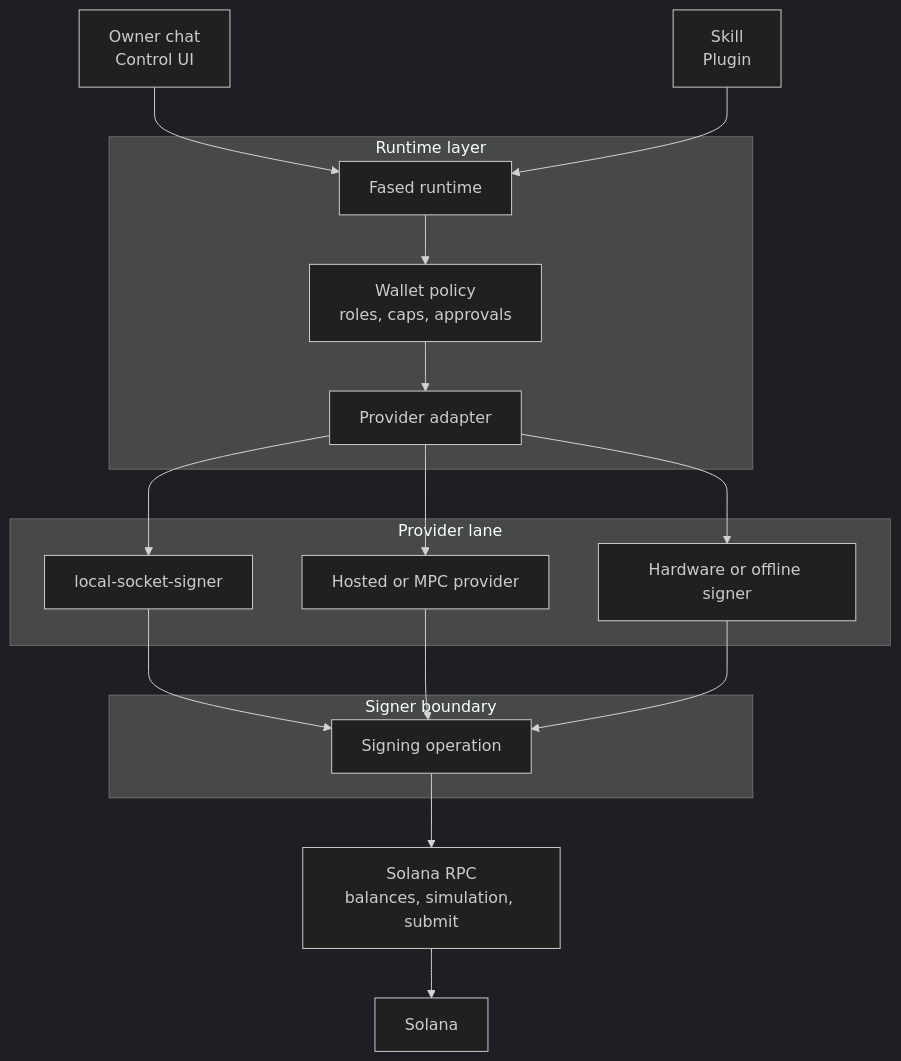
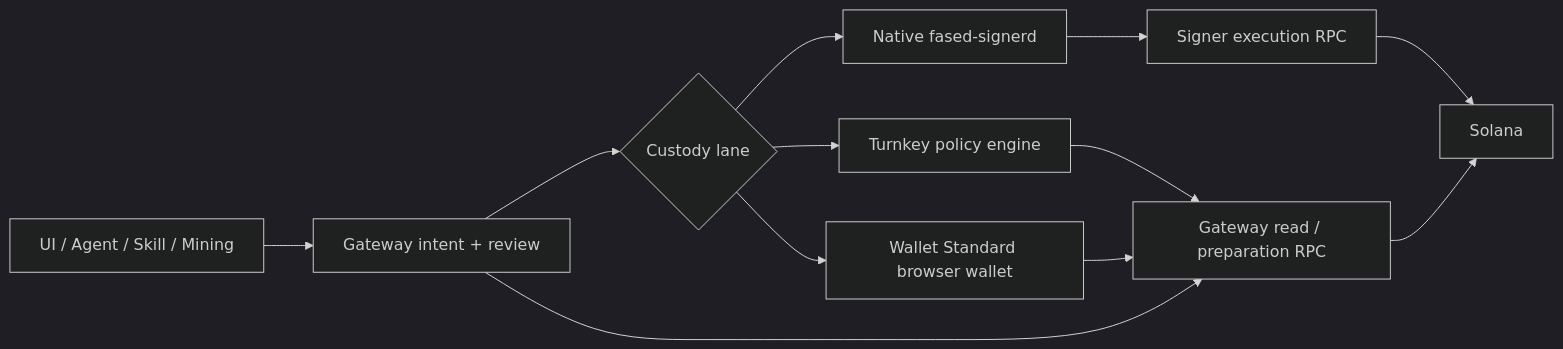
The diagram in docs/plugins/crypto/wallet-signer-provider-architecture.md (fased-ai/fased), drawn with Mermaid (dark theme) before and after one commit. The commit also changed other lines of this file and 534 other files, not shown here.

First line of the commit message:
Secure wallet signer lifecycle and hosted custody boundary (#142)

````diff
--- a/docs/plugins/crypto/wallet-signer-provider-architecture.md
+++ b/docs/plugins/crypto/wallet-signer-provider-architecture.md
@@ -20,25 +16,14 @@
 ```mermaid
-flowchart TD
-    Chat["Owner chat<br/>Control UI"] --> Runtime["Fased runtime"]
-    Skill["Skill<br/>Plugin"] --> Runtime
-
-    subgraph RuntimeLayer["Runtime layer"]
-      Runtime --> Policy["Wallet policy<br/>roles, caps, approvals"]
-      Policy --> Adapter["Provider adapter"]
-    end
-
-    subgraph ProviderLayer["Provider lane"]
-      Adapter --> Local["local-socket-signer"]
-      Adapter --> Hosted["Hosted or MPC provider"]
-      Adapter --> Offline["Hardware or offline signer"]
-    end
-
-    subgraph SignerLayer["Signer boundary"]
-      Local --> Sign["Signing operation"]
-      Hosted --> Sign
-      Offline --> Sign
-    end
-
-    Sign --> RPC["Solana RPC<br/>balances, simulation, submit"]
-    RPC --> Chain["Solana"]
+flowchart LR
+  Source["UI / Agent / Skill / Mining"] --> Gateway["Gateway intent + review"]
+  Gateway --> Lane{"Custody lane"}
+  Lane --> Native["Native fased-signerd"]
+  Lane --> Turnkey["Turnkey policy engine"]
+  Lane --> Hardware["Wallet Standard browser wallet"]
+    Native --> SignerRPC["Signer execution RPC"]
+    Gateway --> ReadRPC["Gateway read / preparation RPC"]
+    Turnkey --> ReadRPC
+    Hardware --> ReadRPC
+    SignerRPC --> Solana["Solana"]
+    ReadRPC --> Solana
 ```
````
